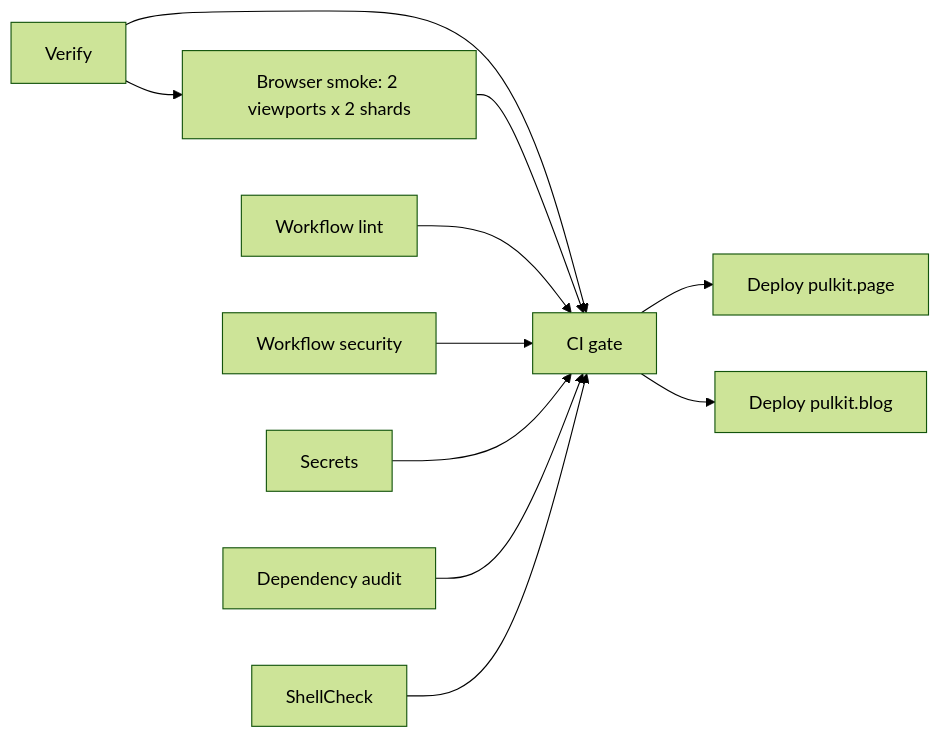
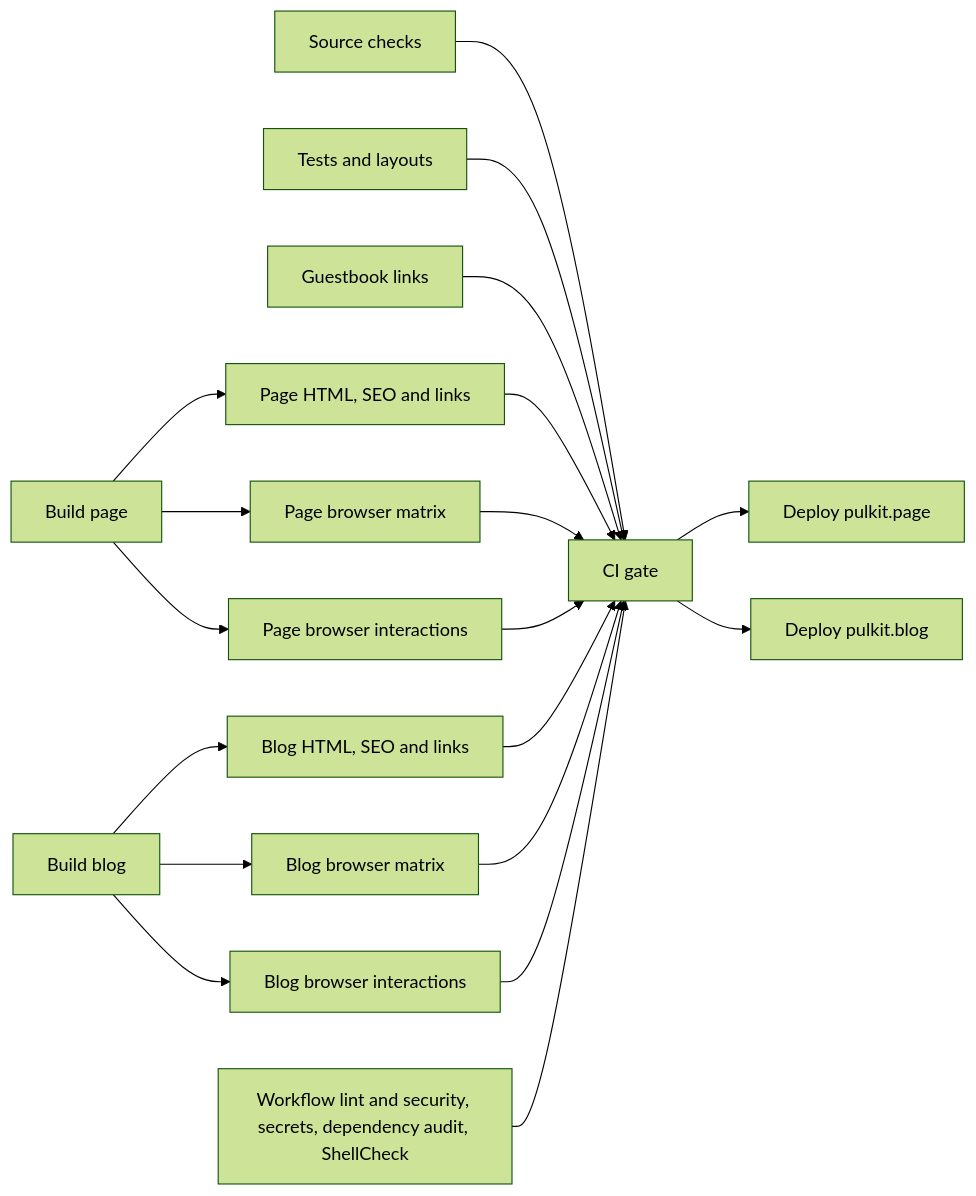
One commit to pulkitxm/pulkit.page changed the diagram in docs/continuous-integration.md. Above: the diagram before and after it, drawn with Mermaid (forest theme). The commit also changed other lines of this file and 14 other files, not shown here.

````diff
--- a/docs/continuous-integration.md
+++ b/docs/continuous-integration.md
@@ -46,13 +47,21 @@
 ```mermaid
 flowchart LR
-  verify[Verify] --> browser[Browser smoke: 2 viewports x 2 shards]
-  verify --> gate[CI gate]
-  browser --> gate
-  workflows[Workflow lint] --> gate
-  security[Workflow security] --> gate
-  secrets[Secrets] --> gate
-  audit[Dependency audit] --> gate
-  shell[ShellCheck] --> gate
+  source[Source checks] --> gate[CI gate]
+  tests[Tests and layouts] --> gate
+  guestbook[Guestbook links] --> gate
+  pagebuild[Build page] --> pagestatic[Page HTML, SEO and links]
+  pagebuild --> pagebrowser[Page browser matrix]
+  pagebuild --> pageflows[Page browser interactions]
+  blogbuild[Build blog] --> blogstatic[Blog HTML, SEO and links]
+  blogbuild --> blogbrowser[Blog browser matrix]
+  blogbuild --> blogflows[Blog browser interactions]
+  pagestatic --> gate
+  pagebrowser --> gate
+  pageflows --> gate
+  blogstatic --> gate
+  blogbrowser --> gate
+  blogflows --> gate
+  scanners[Workflow lint and security, secrets, dependency audit, ShellCheck] --> gate
   gate --> deploypage[Deploy pulkit.page]
   gate --> deployblog[Deploy pulkit.blog]
 ```
````
